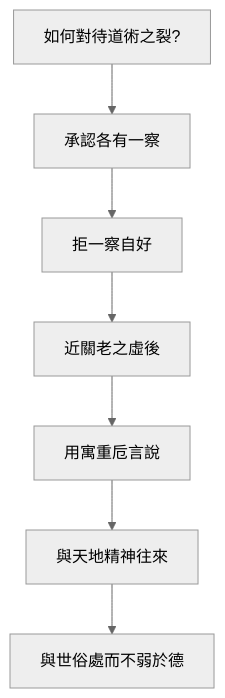
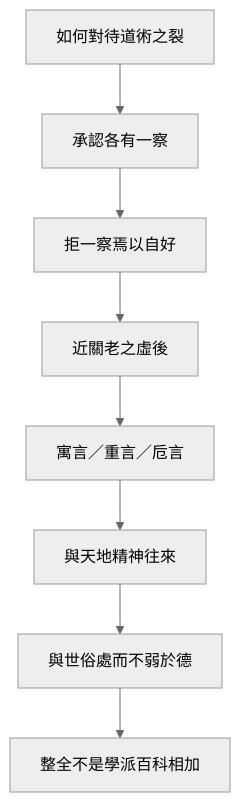
The second of 2 diagrams in content/chapters/03-雜篇/33-天下.md (show0621/zhuangzi-atlas), drawn with Mermaid (neutral theme) before and after one commit. The commit also changed other lines of this file and 61 other files, not shown here.

First line of the commit message:
editorial: §16 心智圖改為思想收束，與結構圖分工

````diff
--- a/content/chapters/03-雜篇/33-天下.md
+++ b/content/chapters/03-雜篇/33-天下.md
@@ -331,9 +332,10 @@
 ```mermaid
 flowchart TB
-  Q[如何對待道術之裂?] --> A[承認各有一察]
-  A --> B[拒一察自好]
+  Q[如何對待道術之裂] --> A[承認各有一察]
+  A --> B[拒一察焉以自好]
   B --> C[近關老之虛後]
-  C --> D[用寓重卮言說]
+  C --> D[寓言／重言／卮言]
   D --> E[與天地精神往來]
   E --> F[與世俗處而不弱於德]
+  F --> R[整全不是學派百科相加]
 ```
````
